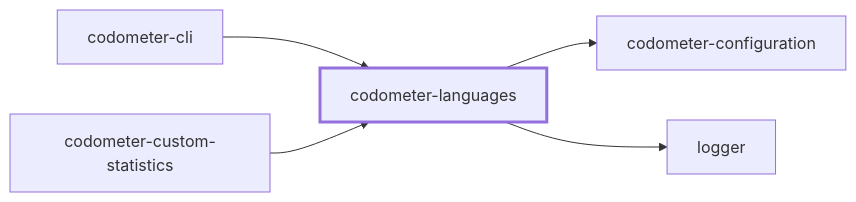
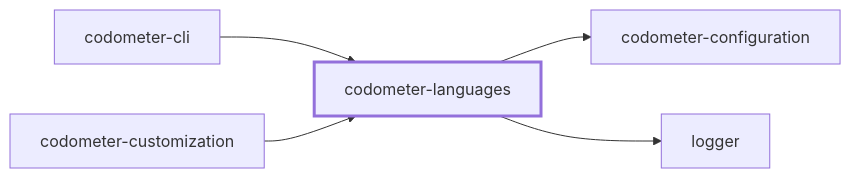
The first of 2 diagrams in packages/codometer-languages/README.md (JimmyPaolini/codebase), drawn with Mermaid before and after one commit. The commit also changed other lines of this file and 154 other files, not shown here.

````diff
--- a/packages/codometer-languages/README.md
+++ b/packages/codometer-languages/README.md
@@ -7,14 +7,14 @@
 ```mermaid
 flowchart LR
   codometer_cli["codometer-cli"]
   codometer_configuration["codometer-configuration"]
-  codometer_custom_statistics["codometer-custom-statistics"]
+  codometer_customization["codometer-customization"]
   codometer_languages["codometer-languages"]
   logger["logger"]
   codometer_cli --> codometer_languages
-  codometer_custom_statistics --> codometer_languages
+  codometer_customization --> codometer_languages
   codometer_languages --> codometer_configuration
   codometer_languages --> logger
   classDef subject stroke-width:3px
   class codometer_languages subject
 ```
````
